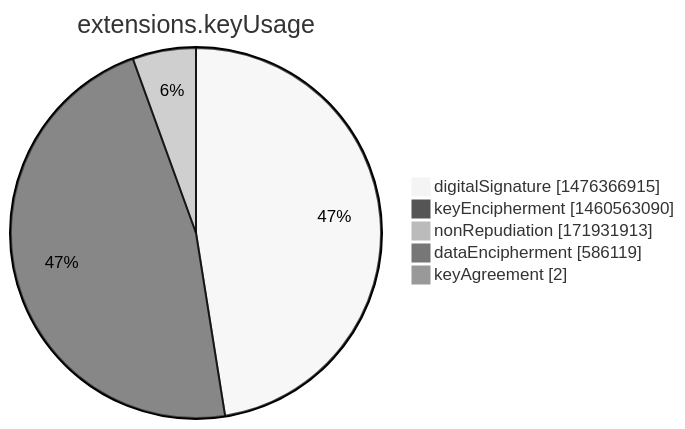
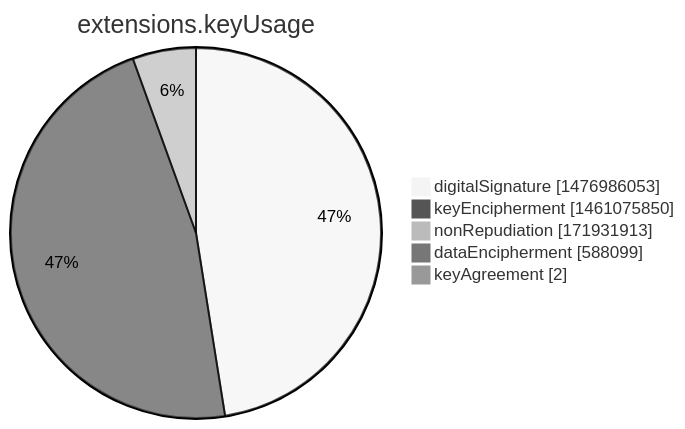
Before and after one commit to christiankrug/ctmonitor_visualization: the seventh of 15 diagrams in argon2022/README.md, drawn with Mermaid (neutral theme). The commit also changed other lines of this file, not shown here.

````diff
--- a/argon2022/README.md
+++ b/argon2022/README.md
@@ -2751,9 +2751,9 @@
 ```mermaid
 pie showData
 title extensions.keyUsage
-"digitalSignature" :1476366915
-"keyEncipherment" :1460563090
+"digitalSignature" :1476986053
+"keyEncipherment" :1461075850
 "nonRepudiation" :171931913
-"dataEncipherment" :586119
+"dataEncipherment" :588099
 "keyAgreement" :2
 ```
````
